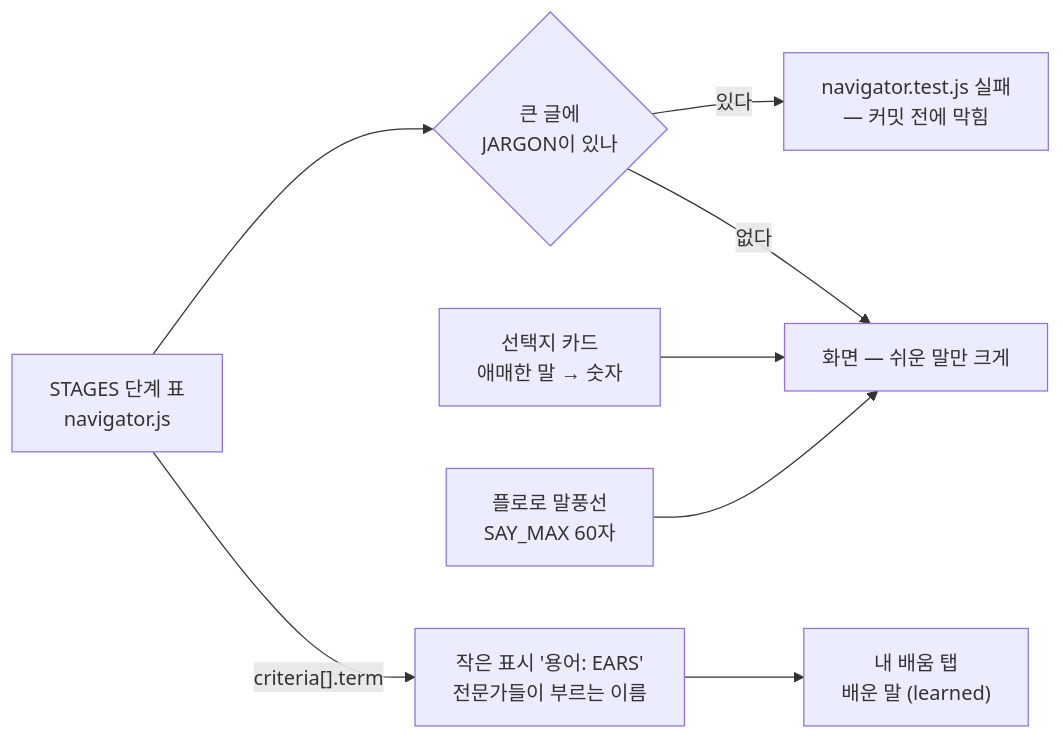
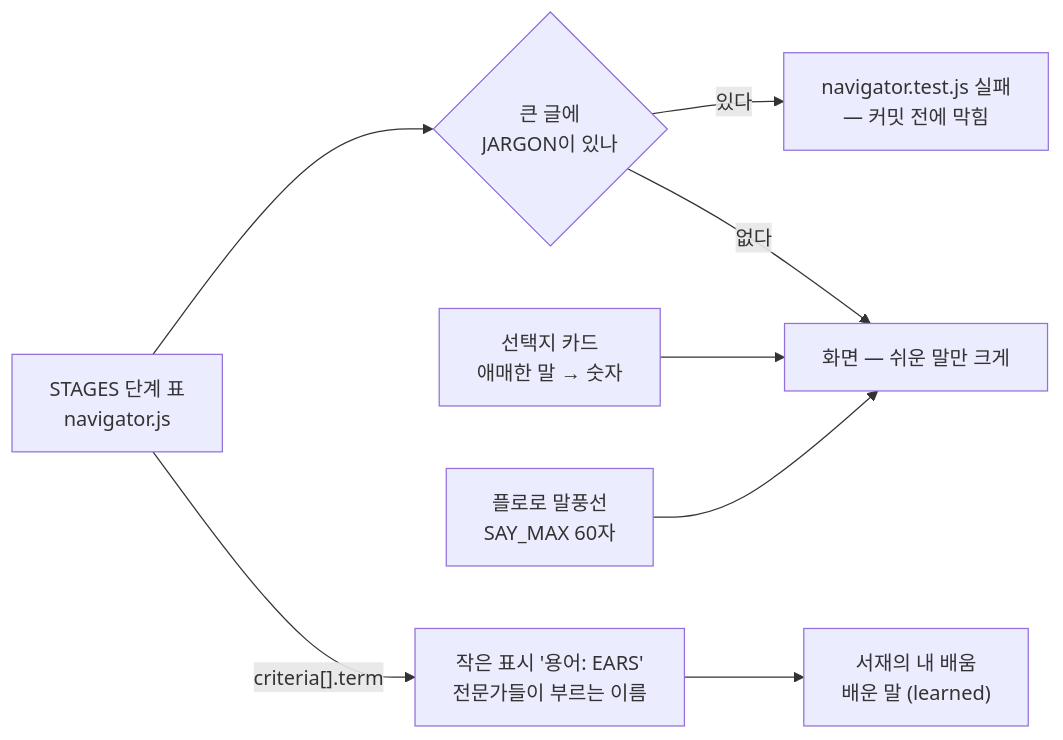
One commit to 2026-Codyssey-Final-Proj/Final-Proj changed the diagram in 01-docs/features/07-plain-words/README.md. Above: the diagram before and after it, drawn with Mermaid. The commit also changed other lines of this file and 24 other files, not shown here.

````diff
--- a/01-docs/features/07-plain-words/README.md
+++ b/01-docs/features/07-plain-words/README.md
@@ -26,10 +28,10 @@
 ```mermaid
 flowchart LR
     S["STAGES 단계 표<br/>navigator.js"] --> V{"큰 글에<br/>JARGON이 있나"}
     V -->|"있다"| X["navigator.test.js 실패<br/>— 커밋 전에 막힘"]
     V -->|"없다"| U["화면 — 쉬운 말만 크게"]
     S -->|"criteria[].term"| T["작은 표시 '용어: EARS'<br/>전문가들이 부르는 이름"]
-    T --> L["내 배움 탭<br/>배운 말 (learned)"]
+    T --> L["서재의 내 배움<br/>배운 말 (learned)"]
     C["선택지 카드<br/>애매한 말 → 숫자"] --> U
     F["플로로 말풍선<br/>SAY_MAX 60자"] --> U
 ```
````
